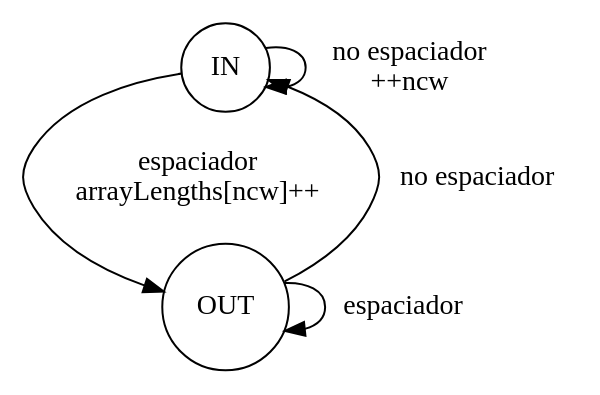
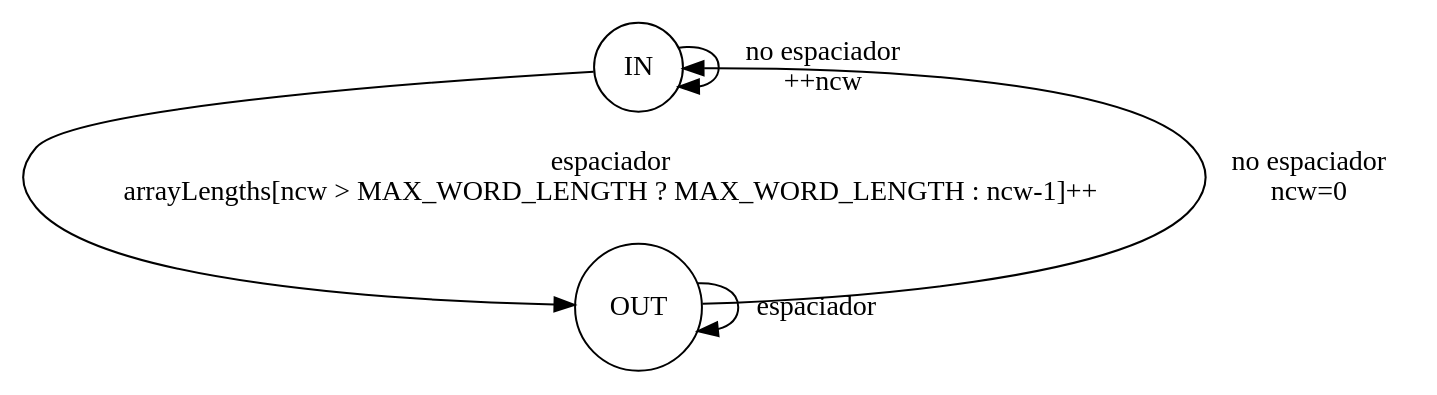
One commit to IAristia/SSL changed the diagram in 12-histograma/histograma.gv. Above: the diagram before and after it, drawn with Graphviz.

Commit message:
Corrección máquina de estado

```diff
--- a/12-histograma/histograma.gv
+++ b/12-histograma/histograma.gv
@@ -1,16 +1,15 @@
 digraph G {
 
     graph  [bgcolor="white", fontname="Arial", fontsize=12]
 
     node [shape = circle];
     
     I [label = "IN"];
     O [label = "OUT"];
     
-    O -> I [label = "no espaciador"];
+    O -> I [label = "no espaciador \n ncw=0"];
     I -> I [label = "no espaciador \n ++ncw"];
     O -> O [label = "espaciador"];
-    I -> O [label = "espaciador \n arrayLengths[ncw]++"];
-
+    I -> O [label = "espaciador \n arrayLengths[ncw > MAX_WORD_LENGTH ? MAX_WORD_LENGTH : ncw-1]++"];
 
 }
```
